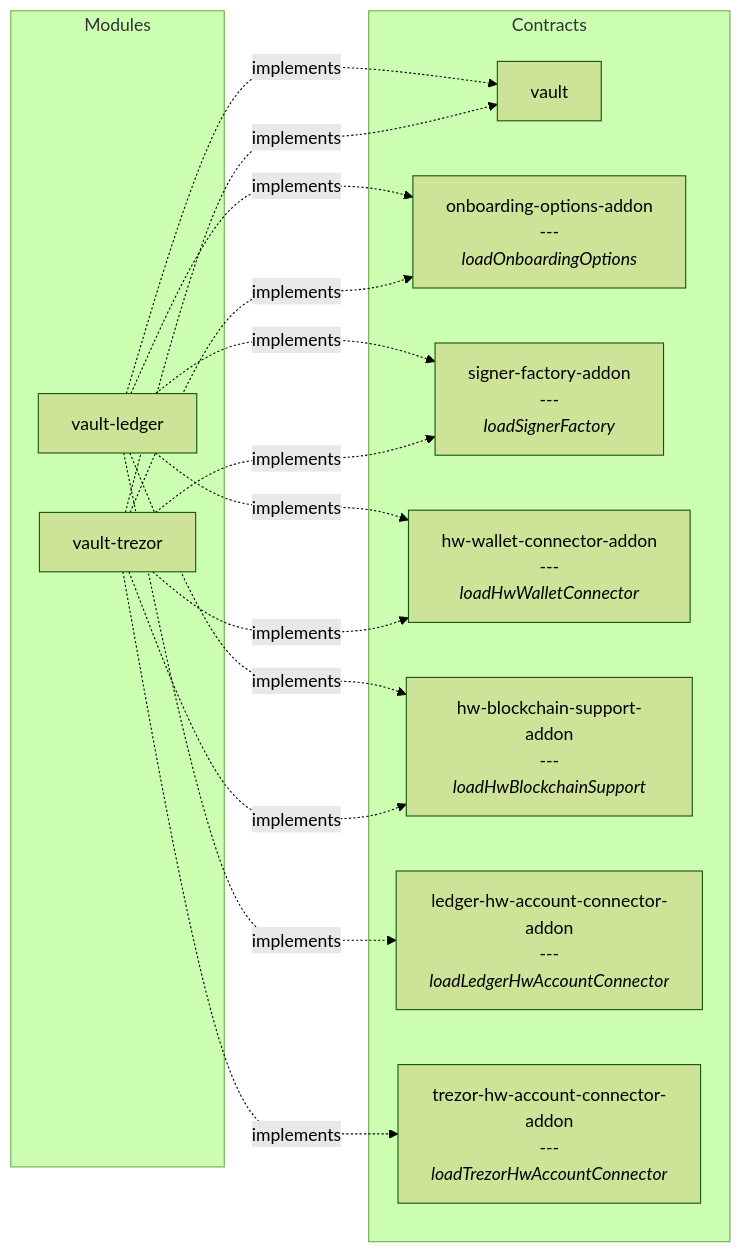
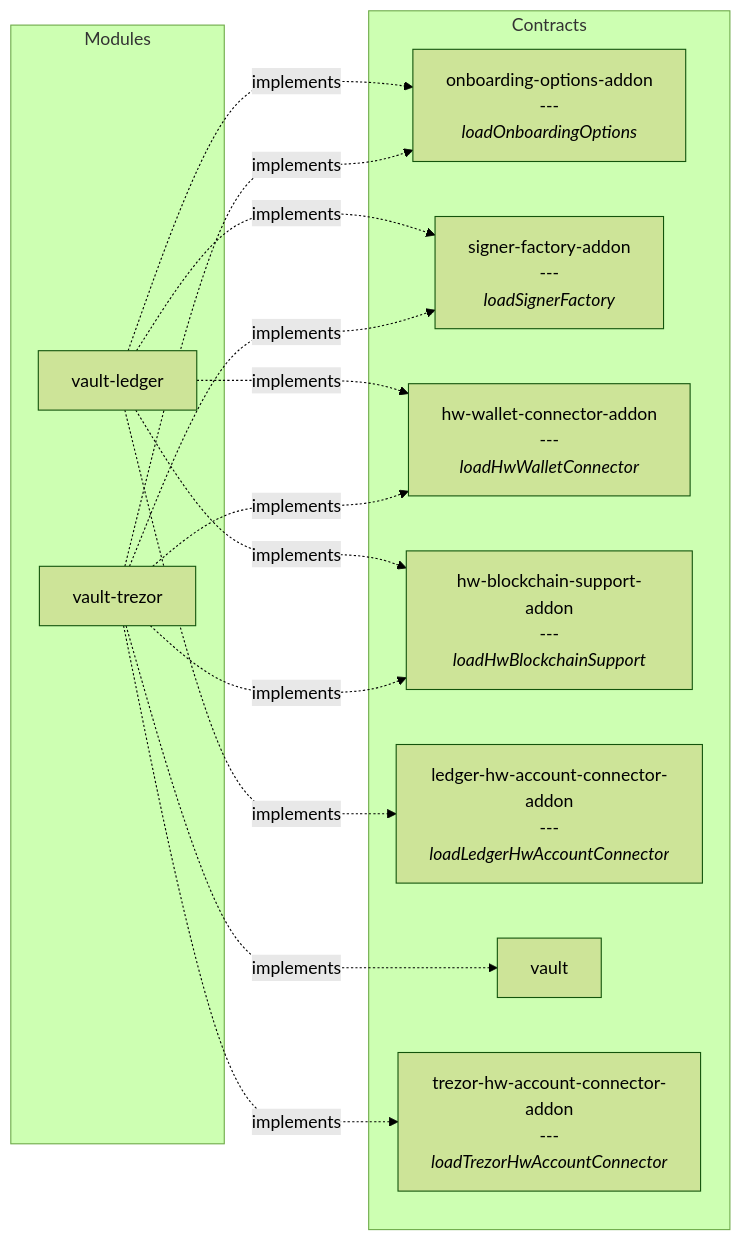
One commit to input-output-hk/lace changed diagram 31 of 31 in docs/contracts-and-modules.md. Above: the diagram before and after it, drawn with Mermaid (forest theme). The commit also changed other lines of this file and 1287 other files, not shown here.

````diff
--- a/docs/contracts-and-modules.md
+++ b/docs/contracts-and-modules.md
@@ -679,28 +666,27 @@
 ```mermaid
 graph LR
   subgraph Contracts
-    vault["vault"]
     onboarding-options-addon["onboarding-options-addon<br/>---<br/><i>loadOnboardingOptions</i>"]
     signer-factory-addon["signer-factory-addon<br/>---<br/><i>loadSignerFactory</i>"]
     hw-wallet-connector-addon["hw-wallet-connector-addon<br/>---<br/><i>loadHwWalletConnector</i>"]
     hw-blockchain-support-addon["hw-blockchain-support-addon<br/>---<br/><i>loadHwBlockchainSupport</i>"]
     ledger-hw-account-connector-addon["ledger-hw-account-connector-addon<br/>---<br/><i>loadLedgerHwAccountConnector</i>"]
+    vault["vault"]
     trezor-hw-account-connector-addon["trezor-hw-account-connector-addon<br/>---<br/><i>loadTrezorHwAccountConnector</i>"]
   end
   subgraph Modules
     module_0["vault-ledger"]
     module_1["vault-trezor"]
   end
-  module_0 -.->|implements| vault
   module_0 -.->|implements| onboarding-options-addon
   module_0 -.->|implements| signer-factory-addon
   module_0 -.->|implements| hw-wallet-connector-addon
   module_0 -.->|implements| hw-blockchain-support-addon
   module_0 -.->|implements| ledger-hw-account-connector-addon
   module_1 -.->|implements| vault
   module_1 -.->|implements| onboarding-options-addon
   module_1 -.->|implements| signer-factory-addon
   module_1 -.->|implements| hw-wallet-connector-addon
   module_1 -.->|implements| hw-blockchain-support-addon
   module_1 -.->|implements| trezor-hw-account-connector-addon
 ```
````
